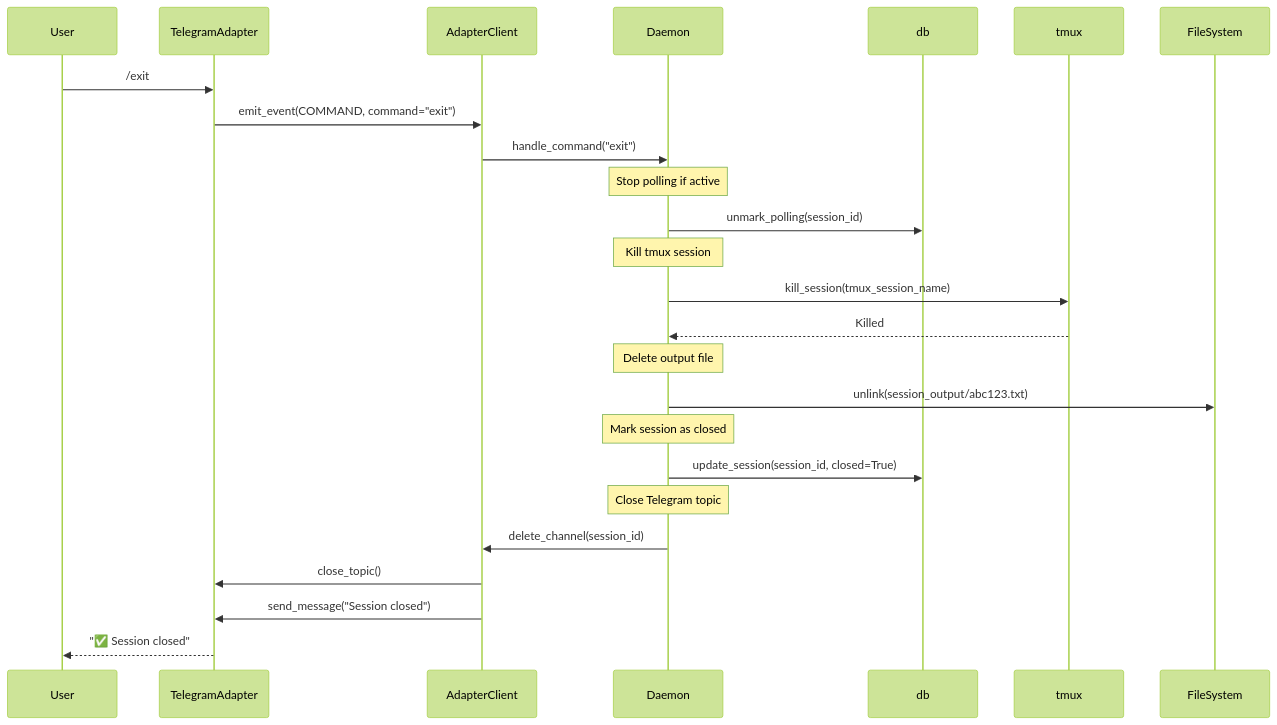
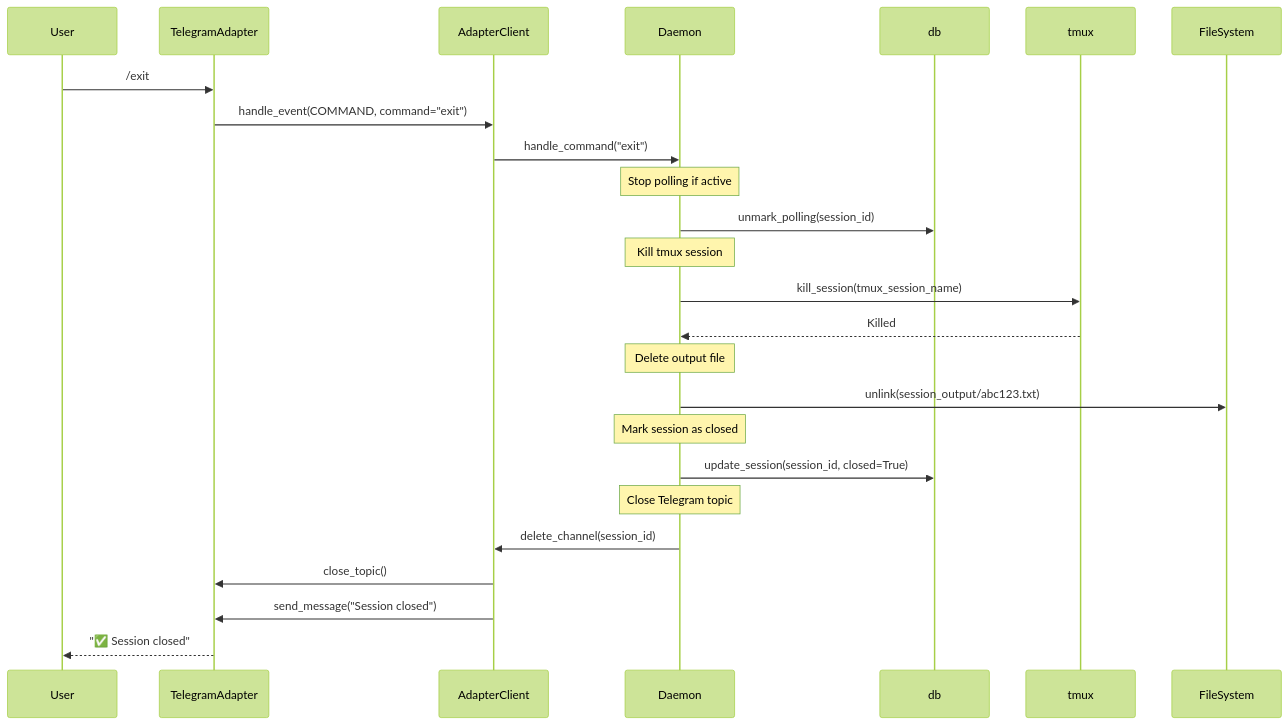
The tenth of 14 diagrams in docs/use_cases.md (InstruktAI/TeleClaude), drawn with Mermaid (forest theme) before and after one commit. The commit also changed other lines of this file and 22 other files, not shown here.

````diff
--- a/docs/use_cases.md
+++ b/docs/use_cases.md
@@ -513,34 +521,34 @@
 ```mermaid
 sequenceDiagram
     participant User
     participant TG as TelegramAdapter
     participant Client as AdapterClient
     participant Daemon
     participant DB as db
     participant tmux
     participant FS as FileSystem
 
     User->>TG: /exit
-    TG->>Client: emit_event(COMMAND, command="exit")
+    TG->>Client: handle_event(COMMAND, command="exit")
     Client->>Daemon: handle_command("exit")
 
     Note over Daemon: Stop polling if active
     Daemon->>DB: unmark_polling(session_id)
 
     Note over Daemon: Kill tmux session
     Daemon->>tmux: kill_session(tmux_session_name)
     tmux-->>Daemon: Killed
 
     Note over Daemon: Delete output file
     Daemon->>FS: unlink(session_output/abc123.txt)
 
     Note over Daemon: Mark session as closed
     Daemon->>DB: update_session(session_id, closed=True)
 
     Note over Daemon: Close Telegram topic
     Daemon->>Client: delete_channel(session_id)
     Client->>TG: close_topic()
 
     Client->>TG: send_message("Session closed")
     TG-->>User: "✅ Session closed"
 ```
````
